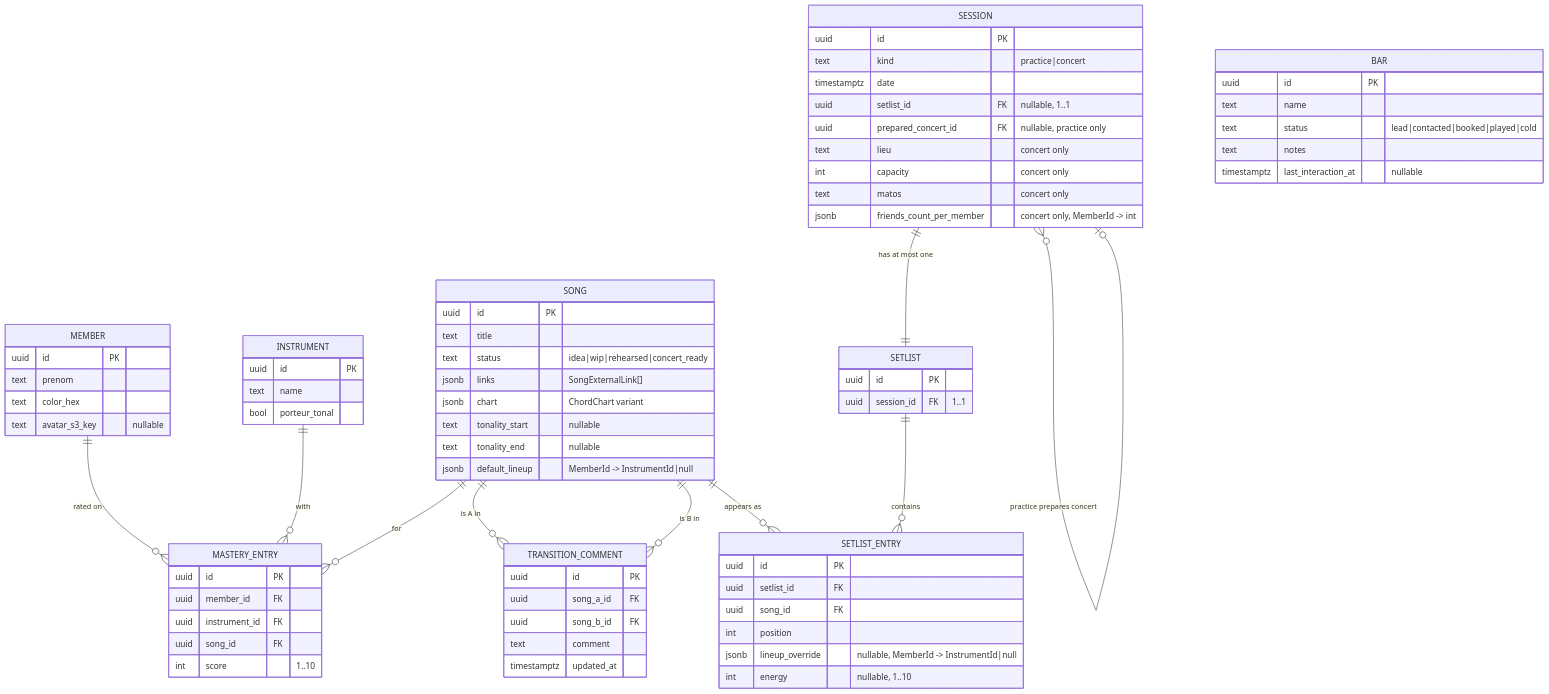
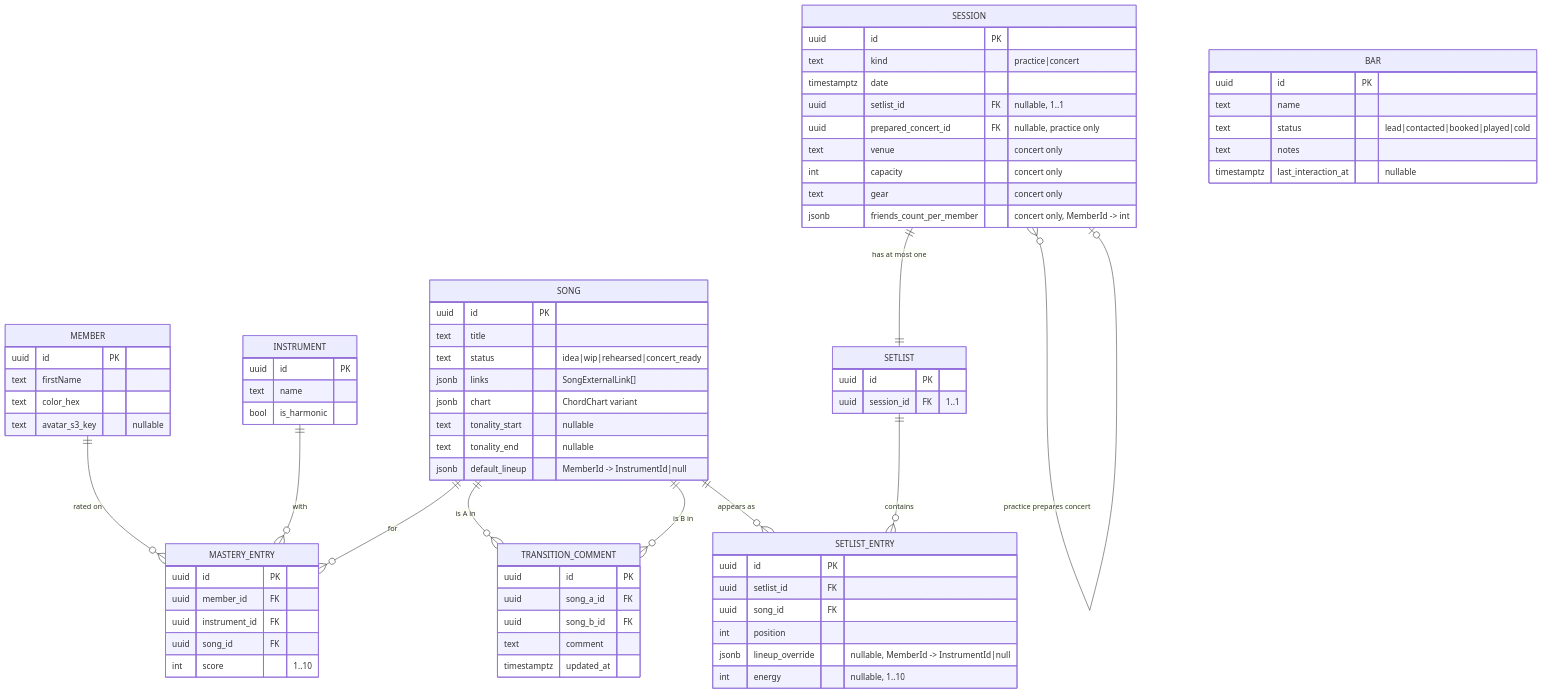
Before and after one commit to hugoleborso/borso.fr: the diagram in docs/features/pragma/first-features/spec/spec.md, drawn with Mermaid. The commit also changed other lines of this file and 1 other file, not shown here.

First line of the commit message:
docs(meta): english-only code/specs + no-echo-slang rule, applied to pragma spec

```diff
--- a/docs/features/pragma/first-features/spec/spec.md
+++ b/docs/features/pragma/first-features/spec/spec.md
@@ -106,7 +106,7 @@
 erDiagram
     MEMBER {
         uuid id PK
-        text prenom
+        text firstName
         text color_hex
         text avatar_s3_key "nullable"
     }
@@ -114,7 +114,7 @@
     INSTRUMENT {
         uuid id PK
         text name
-        bool porteur_tonal
+        bool is_harmonic
     }
 
     SONG {
@@ -142,9 +142,9 @@
         timestamptz date
         uuid setlist_id FK "nullable, 1..1"
         uuid prepared_concert_id FK "nullable, practice only"
-        text lieu "concert only"
+        text venue "concert only"
         int capacity "concert only"
-        text matos "concert only"
+        text gear "concert only"
         jsonb friends_count_per_member "concert only, MemberId -> int"
     }
 
```
